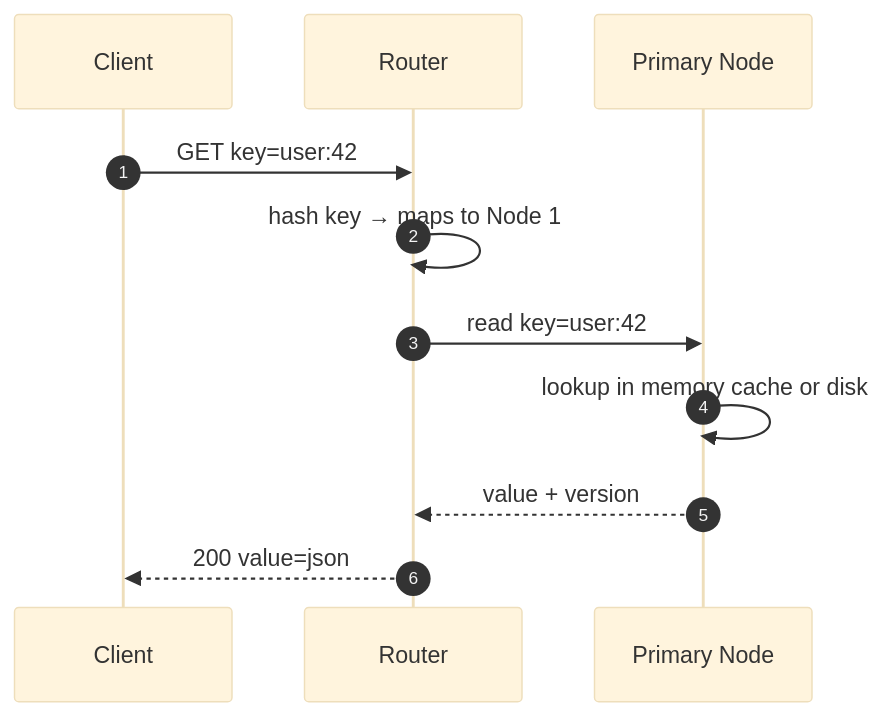
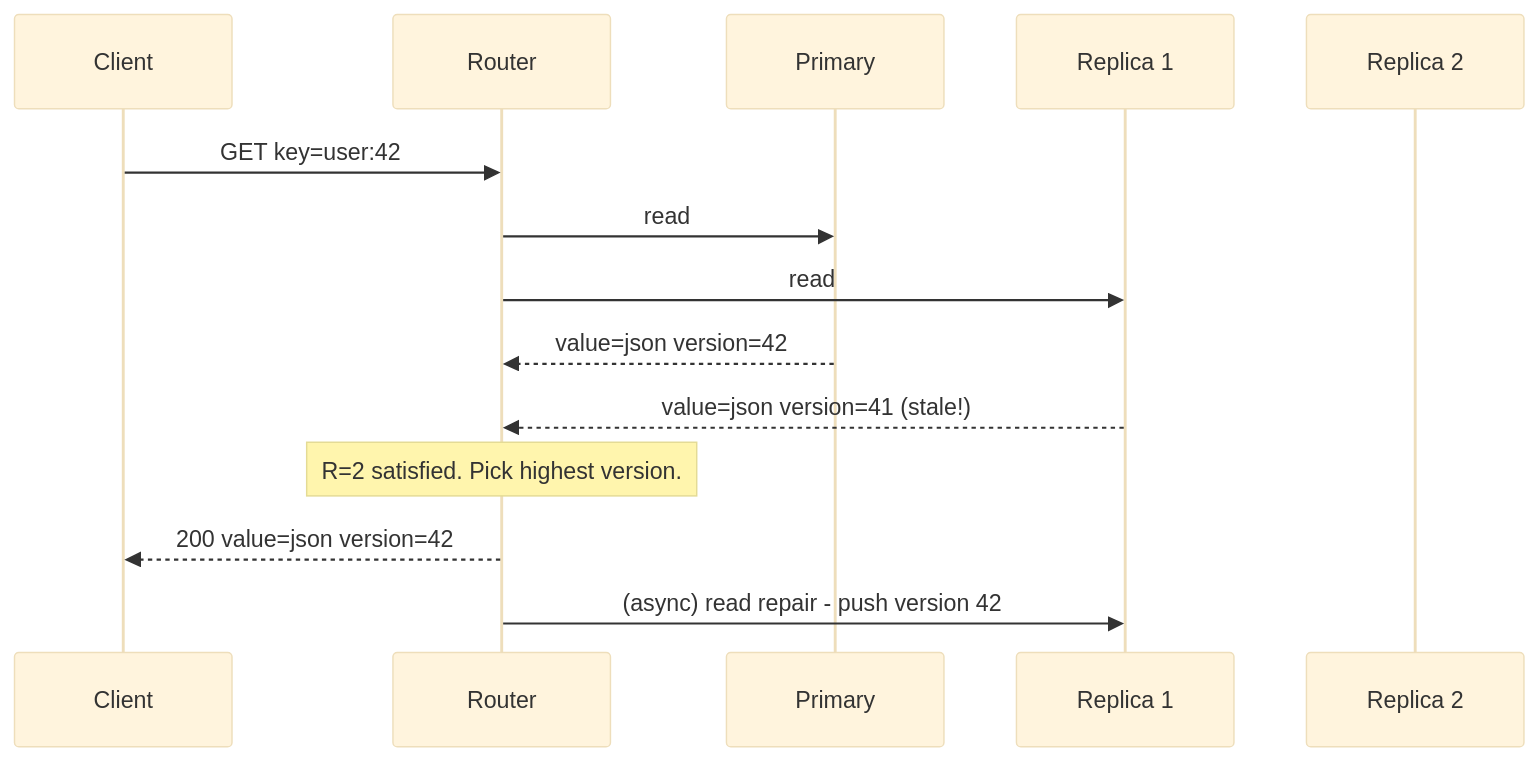
Before and after one commit to iluzn/HLD-Designs: the sixth of 10 diagrams in content/hld/KeyValueStore.md, drawn with Mermaid (base theme). The commit also changed other lines of this file, not shown here.

Commit message:
rewrite Key-Value Store in Hello Interview style: incremental build, one FR at a time, WHY before WHAT

````diff
--- a/content/hld/KeyValueStore.md
+++ b/content/hld/KeyValueStore.md
@@ -183,14 +315,17 @@
 ```mermaid
 sequenceDiagram
-    autonumber
     participant C as Client
     participant R as Router
-    participant N1 as Primary Node
+    participant N1 as Primary
+    participant N2 as Replica 1
+    participant N3 as Replica 2
 
     C->>R: GET key=user:42
-    R->>R: hash key → maps to Node 1
-    R->>N1: read key=user:42
-    N1->>N1: lookup in memory cache or disk
-    N1-->>R: value + version
-    R-->>C: 200 value=json
+    R->>N1: read
+    R->>N2: read
+    N1-->>R: value=json version=42
+    N2-->>R: value=json version=41 (stale!)
+    Note over R: R=2 satisfied. Pick highest version.
+    R-->>C: 200 value=json version=42
+    R->>N2: (async) read repair - push version 42
 ```
````
